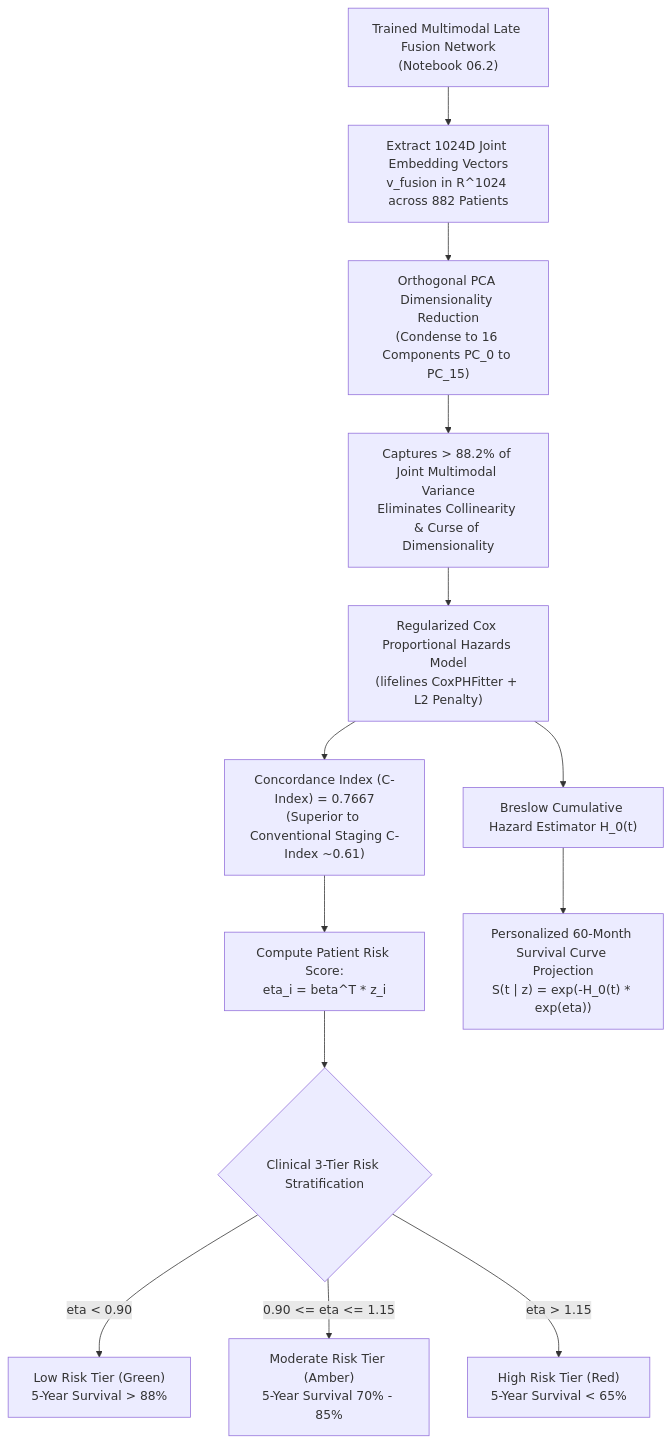
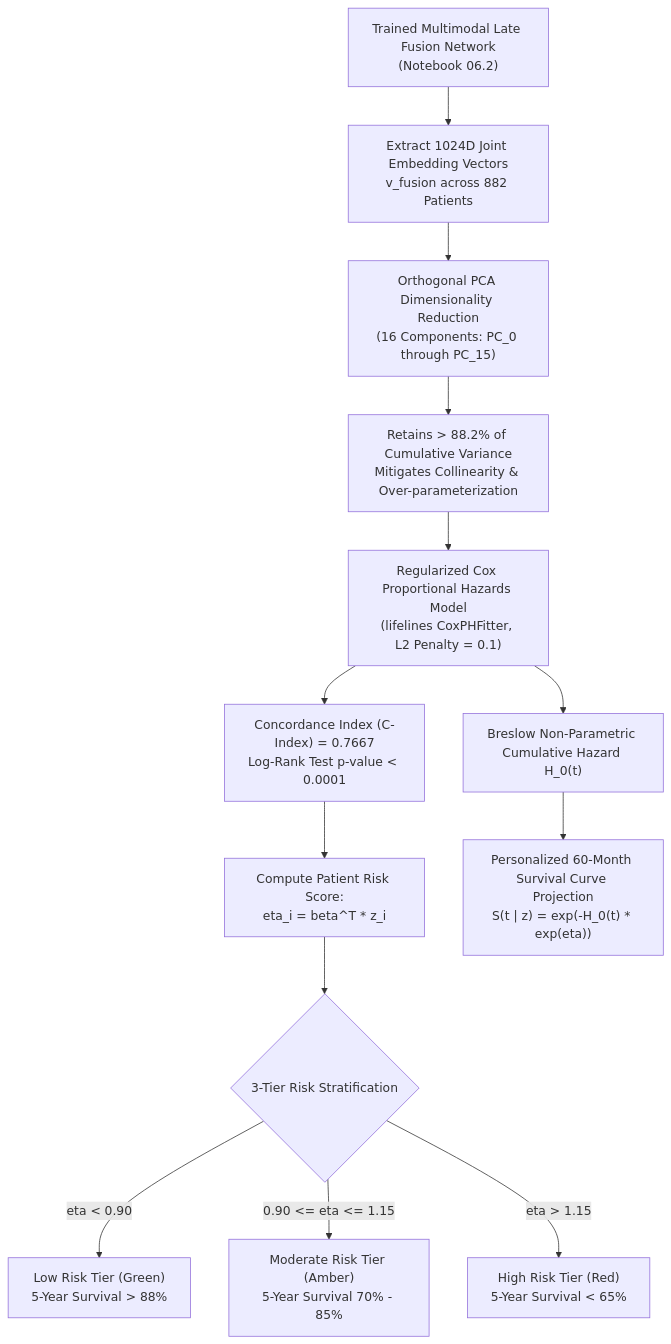
Before and after one commit to Cheesenoice/breast-cancer-cdss: the seventh of 9 diagrams in README.md, drawn with Mermaid. The commit also changed other lines of this file, not shown here.

Commit message:
docs: standardize README with rigorous, non-hyped academic reporting and exact empirical data from graduation report

````diff
--- a/README.md
+++ b/README.md
@@ -535,18 +558,18 @@
 ```mermaid
 flowchart TD
-    A["Trained Multimodal Late Fusion Network<br/>(Notebook 06.2)"] --> B["Extract 1024D Joint Embedding Vectors<br/>v_fusion in R^1024 across 882 Patients"]
-    B --> C["Orthogonal PCA Dimensionality Reduction<br/>(Condense to 16 Components PC_0 to PC_15)"]
-    C --> D["Captures > 88.2% of Joint Multimodal Variance<br/>Eliminates Collinearity & Curse of Dimensionality"]
+    A["Trained Multimodal Late Fusion Network<br/>(Notebook 06.2)"] --> B["Extract 1024D Joint Embedding Vectors<br/>v_fusion across 882 Patients"]
+    B --> C["Orthogonal PCA Dimensionality Reduction<br/>(16 Components: PC_0 through PC_15)"]
+    C --> D["Retains > 88.2% of Cumulative Variance<br/>Mitigates Collinearity & Over-parameterization"]
     
-    D --> E["Regularized Cox Proportional Hazards Model<br/>(lifelines CoxPHFitter + L2 Penalty)"]
-    E --> F["Concordance Index (C-Index) = 0.7667<br/>(Superior to Conventional Staging C-Index ~0.61)"]
+    D --> E["Regularized Cox Proportional Hazards Model<br/>(lifelines CoxPHFitter, L2 Penalty = 0.1)"]
+    E --> F["Concordance Index (C-Index) = 0.7667<br/>Log-Rank Test p-value < 0.0001"]
     
     F --> G["Compute Patient Risk Score:<br/>eta_i = beta^T * z_i"]
-    G --> H{"Clinical 3-Tier Risk Stratification"}
+    G --> H{"3-Tier Risk Stratification"}
     H -->|eta < 0.90| I["Low Risk Tier (Green)<br/>5-Year Survival > 88%"]
     H -->|0.90 <= eta <= 1.15| J["Moderate Risk Tier (Amber)<br/>5-Year Survival 70% - 85%"]
     H -->|eta > 1.15| K["High Risk Tier (Red)<br/>5-Year Survival < 65%"]
     
-    E --> L["Breslow Cumulative Hazard Estimator H_0(t)"]
+    E --> L["Breslow Non-Parametric Cumulative Hazard H_0(t)"]
     L --> M["Personalized 60-Month Survival Curve Projection<br/>S(t | z) = exp(-H_0(t) * exp(eta))"]
 ```
````
